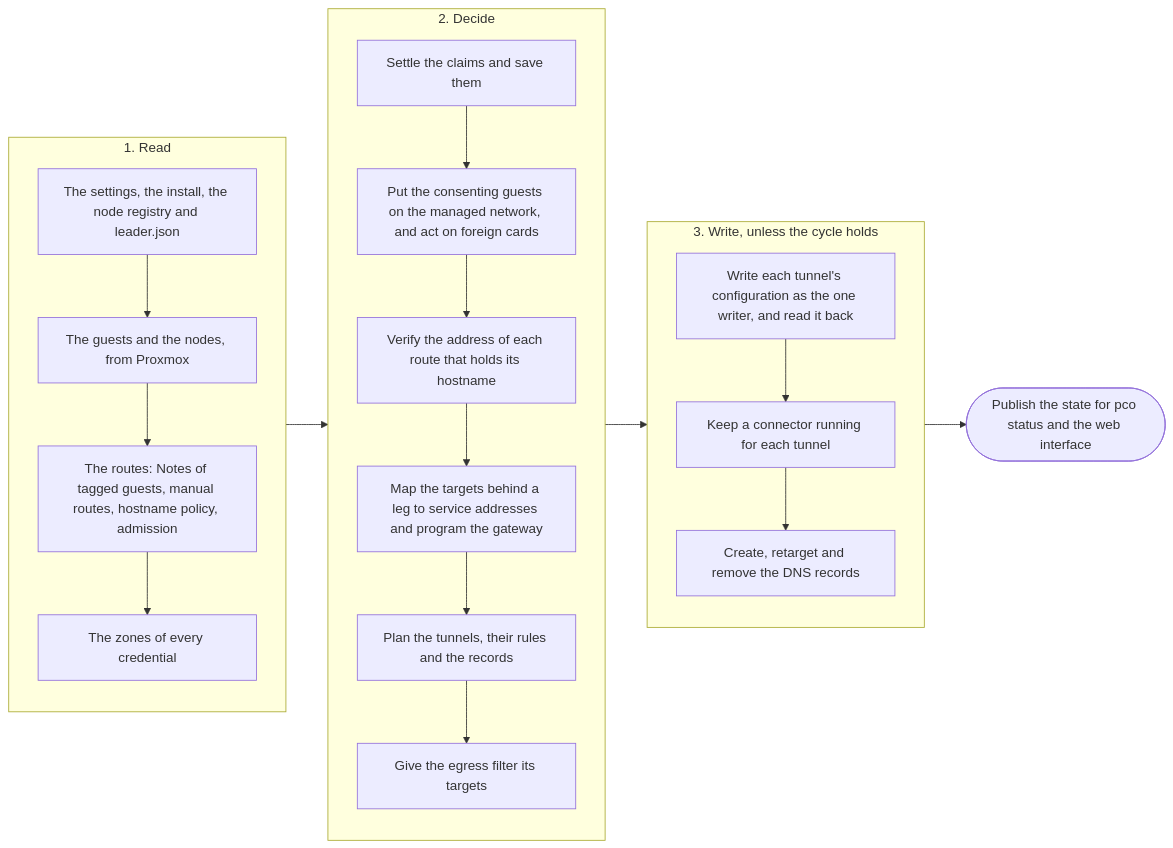
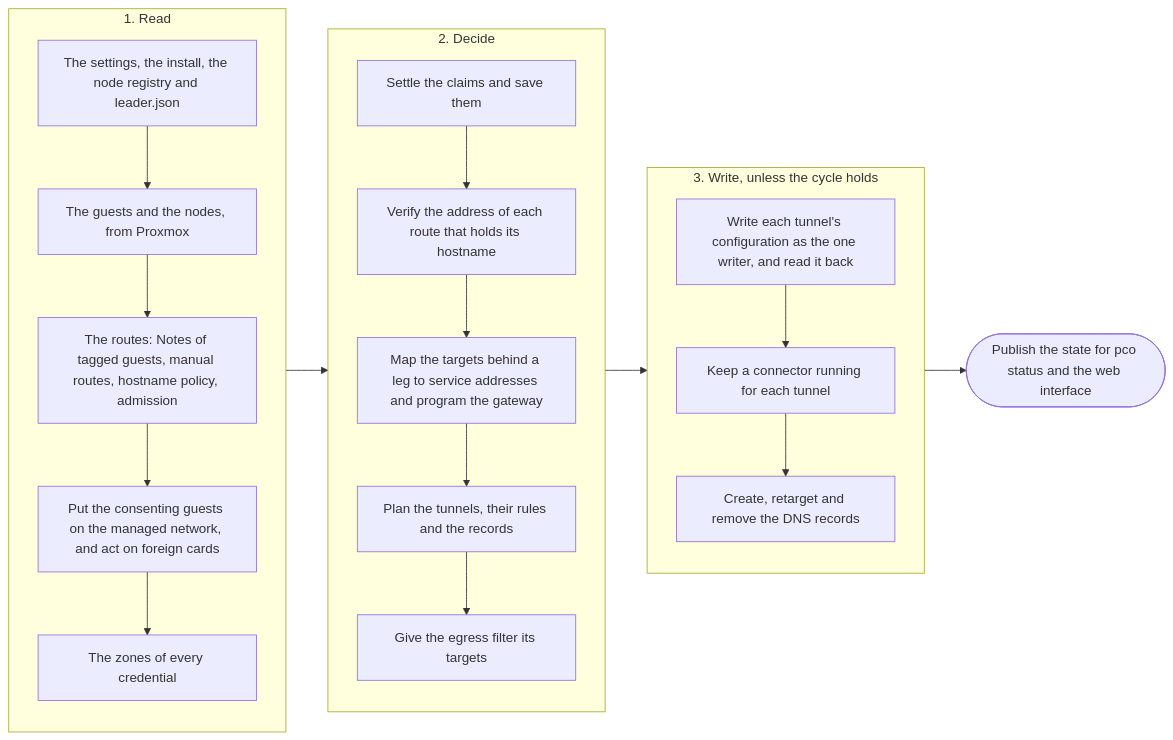
One commit to anaryk/proxmox-cloudflared-operator changed the third of 5 diagrams in docs/architecture.md. Above: the diagram before and after it, drawn with Mermaid. The commit also changed 3 other files, not shown here.

Commit message:
docs: put the managed step where the cycle runs it, and the held note

````diff
--- a/docs/architecture.md
+++ b/docs/architecture.md
@@ -351,23 +351,23 @@
 ```mermaid
 flowchart LR
     subgraph read["1. Read"]
         direction TB
         r1["The settings, the install, the node registry and leader.json"] --> r2["The guests and the nodes, from Proxmox"]
         r2 --> r3["The routes: Notes of tagged guests, manual routes, hostname policy, admission"]
-        r3 --> r4["The zones of every credential"]
+        r3 --> rm["Put the consenting guests on the managed network, and act on foreign cards"]
+        rm --> r4["The zones of every credential"]
     end
     subgraph decide["2. Decide"]
         direction TB
-        d1["Settle the claims and save them"] --> dm["Put the consenting guests on the managed network, and act on foreign cards"]
-        dm --> d2["Verify the address of each route that holds its hostname"]
+        d1["Settle the claims and save them"] --> d2["Verify the address of each route that holds its hostname"]
         d2 --> dg["Map the targets behind a leg to service addresses and program the gateway"]
         dg --> d3["Plan the tunnels, their rules and the records"]
         d3 --> d4["Give the egress filter its targets"]
     end
     subgraph write["3. Write, unless the cycle holds"]
         direction TB
         w1["Write each tunnel's configuration as the one writer, and read it back"] --> w2["Keep a connector running for each tunnel"]
         w2 --> w3["Create, retarget and remove the DNS records"]
     end
     read --> decide --> write --> publish(["Publish the state for pco status and the web interface"])
 ```
````
